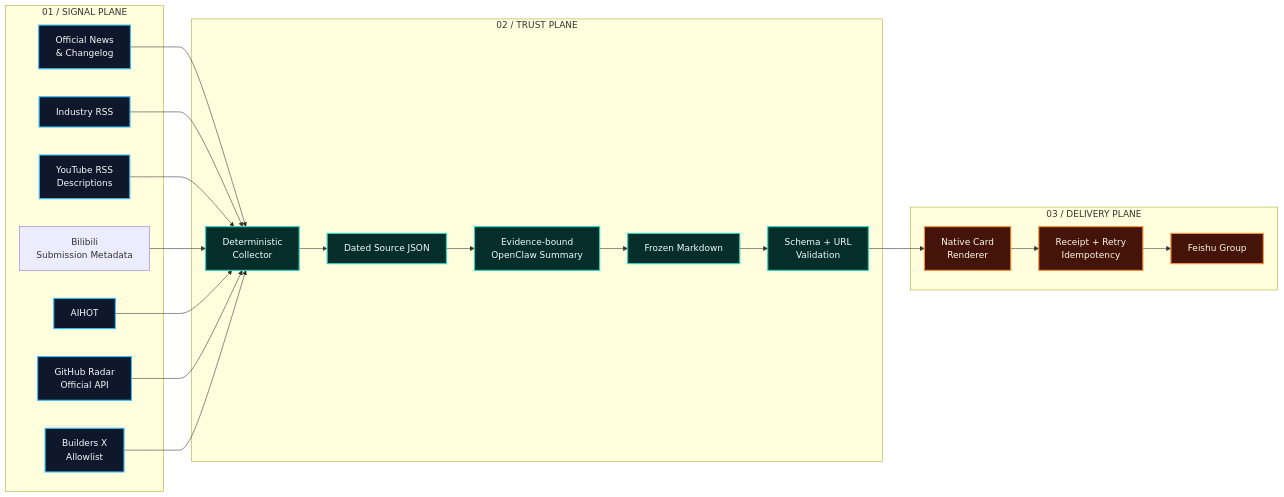
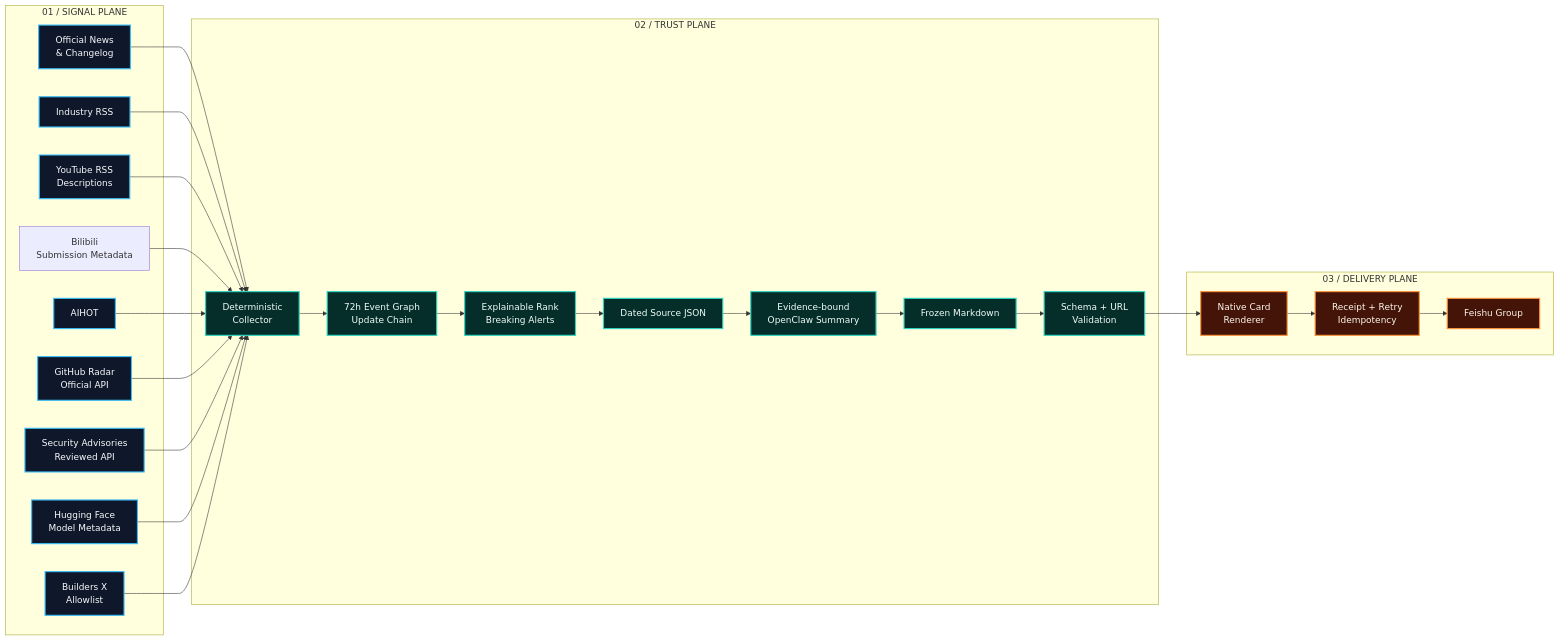
The diagram in README.md (Health-525/ai-news-skills), drawn with Mermaid before and after one commit. The commit also changed other lines of this file and 31 other files, not shown here.

````diff
--- a/README.md
+++ b/README.md
@@ -47,36 +47,40 @@
 ```mermaid
 flowchart LR
     subgraph SIGNAL["01 / SIGNAL PLANE"]
         A["Official News<br/>& Changelog"]
         B["Industry RSS"]
         C["YouTube RSS<br/>Descriptions"]
         O["Bilibili<br/>Submission Metadata"]
         D["AIHOT"]
         E["GitHub Radar<br/>Official API"]
+        P["Security Advisories<br/>Reviewed API"]
+        Q["Hugging Face<br/>Model Metadata"]
         N["Builders X<br/>Allowlist"]
     end
 
     subgraph TRUST["02 / TRUST PLANE"]
         F["Deterministic<br/>Collector"]
+        R["72h Event Graph<br/>Update Chain"]
+        S["Explainable Rank<br/>Breaking Alerts"]
         G["Dated Source JSON"]
         H["Evidence-bound<br/>OpenClaw Summary"]
         I["Frozen Markdown"]
         J["Schema + URL<br/>Validation"]
     end
 
     subgraph DELIVERY["03 / DELIVERY PLANE"]
         K["Native Card<br/>Renderer"]
         L["Receipt + Retry<br/>Idempotency"]
         M["Feishu Group"]
     end
 
-    A & B & C & O & D & E & N --> F
-    F --> G --> H --> I --> J --> K --> L --> M
+    A & B & C & O & D & E & P & Q & N --> F
+    F --> R --> S --> G --> H --> I --> J --> K --> L --> M
 
     classDef signal fill:#0f172a,stroke:#38bdf8,color:#f8fafc,stroke-width:2px
     classDef trust fill:#052e2b,stroke:#2dd4bf,color:#f0fdfa,stroke-width:2px
     classDef delivery fill:#431407,stroke:#fb923c,color:#fff7ed,stroke-width:2px
-    class A,B,C,D,E,N signal
-    class F,G,H,I,J trust
+    class A,B,C,D,E,N,P,Q signal
+    class F,R,S,G,H,I,J trust
     class K,L,M delivery
 ```
````
